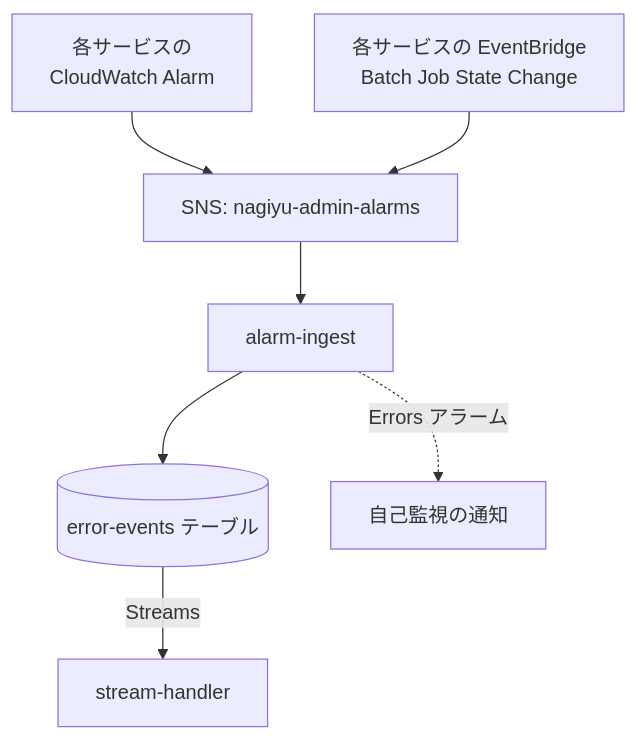
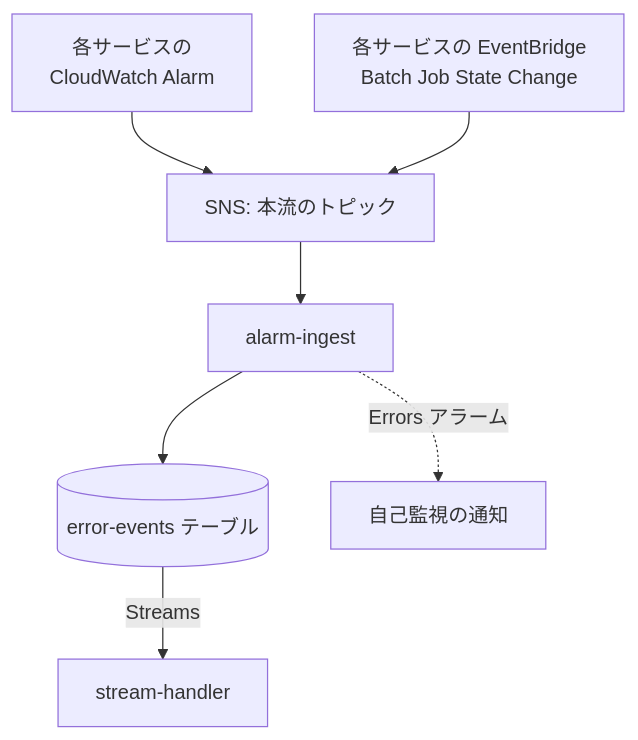
The second of 2 diagrams in docs/services/admin/specs/batch/alarm-ingest.md (nagiyu/nagiyu-platform), drawn with Mermaid before and after one commit. The commit also changed other lines of this file and 7 other files, not shown here.

First line of the commit message:
docs(admin): flow・batch・term の文書を新しい配置に書き直す

````diff
--- a/docs/services/admin/specs/batch/alarm-ingest.md
+++ b/docs/services/admin/specs/batch/alarm-ingest.md
@@ -86,9 +72,9 @@
 ```mermaid
 flowchart TD
-    CW[各サービスの<br/>CloudWatch Alarm] --> T[SNS: nagiyu-admin-alarms]
+    CW[各サービスの<br/>CloudWatch Alarm] --> T[SNS: 本流のトピック]
     EB[各サービスの EventBridge<br/>Batch Job State Change] --> T
     T --> L[alarm-ingest]
     L --> E[(error-events テーブル)]
     E -->|Streams| SH[stream-handler]
     L -.->|Errors アラーム| SM[自己監視の通知]
 ```
````
